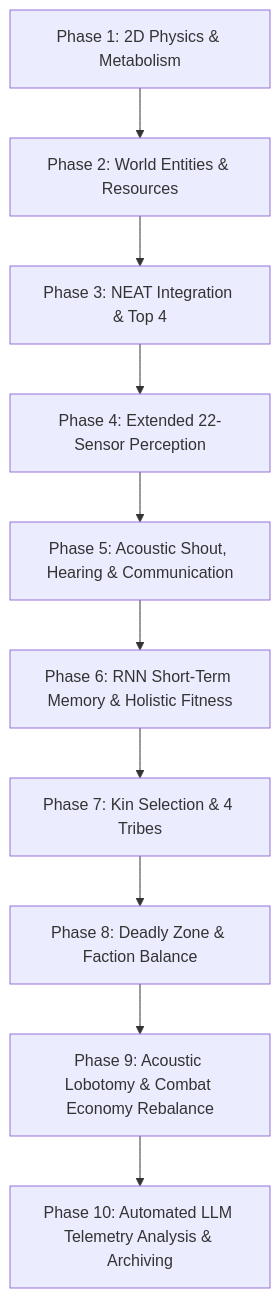
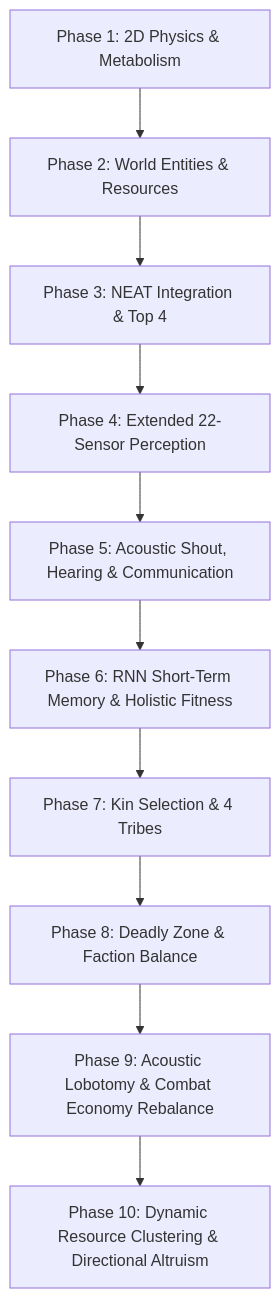
Before and after one commit to dawidnaessie/AgentReinforcementLearning: the diagram in docs/documentation.md, drawn with Mermaid. The commit also changed other lines of this file and 12 other files, not shown here.

Commit message:
Phase 10 Update - Dynamic Resource Clustering & Directional Altruism

````diff
--- a/docs/documentation.md
+++ b/docs/documentation.md
@@ -26,12 +26,12 @@
 ```mermaid
 graph TD
     P1["Phase 1: 2D Physics & Metabolism"] --> P2["Phase 2: World Entities & Resources"]
     P2 --> P3["Phase 3: NEAT Integration & Top 4"]
     P3 --> P4["Phase 4: Extended 22-Sensor Perception"]
     P4 --> P5["Phase 5: Acoustic Shout, Hearing & Communication"]
     P5 --> P6["Phase 6: RNN Short-Term Memory & Holistic Fitness"]
     P6 --> P7["Phase 7: Kin Selection & 4 Tribes"]
     P7 --> P8["Phase 8: Deadly Zone & Faction Balance"]
     P8 --> P9["Phase 9: Acoustic Lobotomy & Combat Economy Rebalance"]
-    P9 --> P10["Phase 10: Automated LLM Telemetry Analysis & Archiving"]
+    P9 --> P10["Phase 10: Dynamic Resource Clustering & Directional Altruism"]
 ```
````
